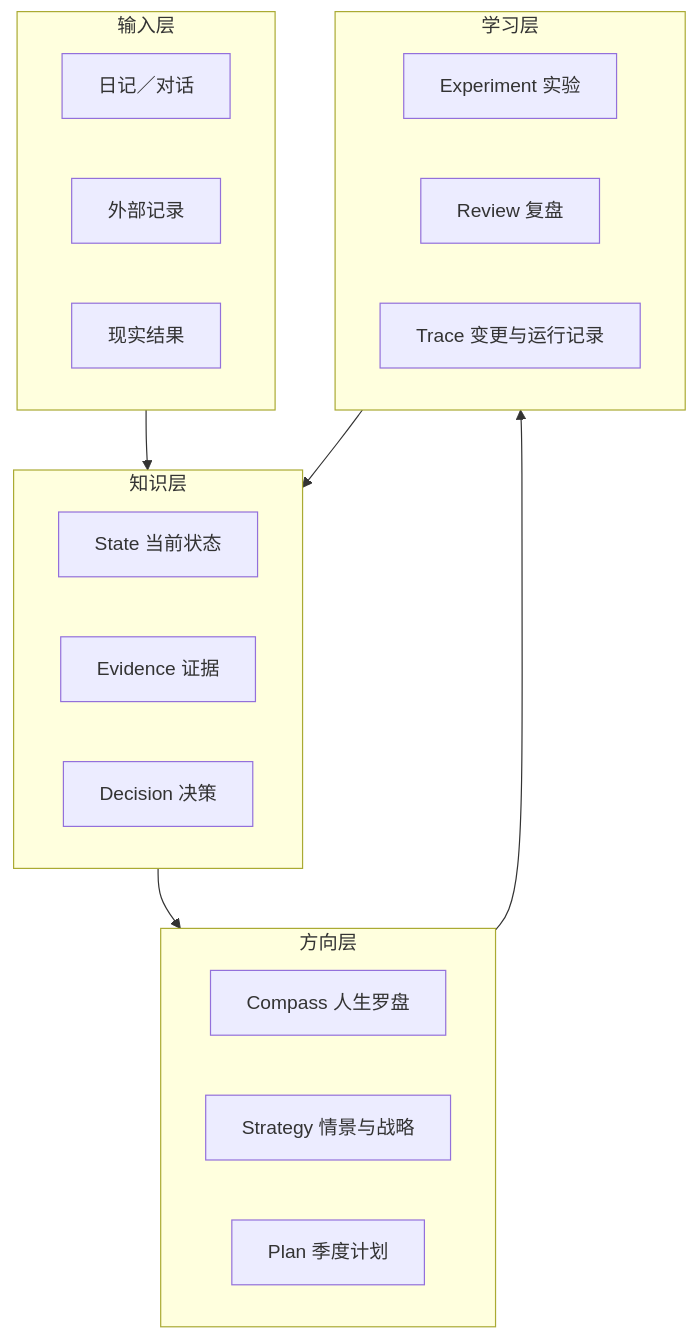
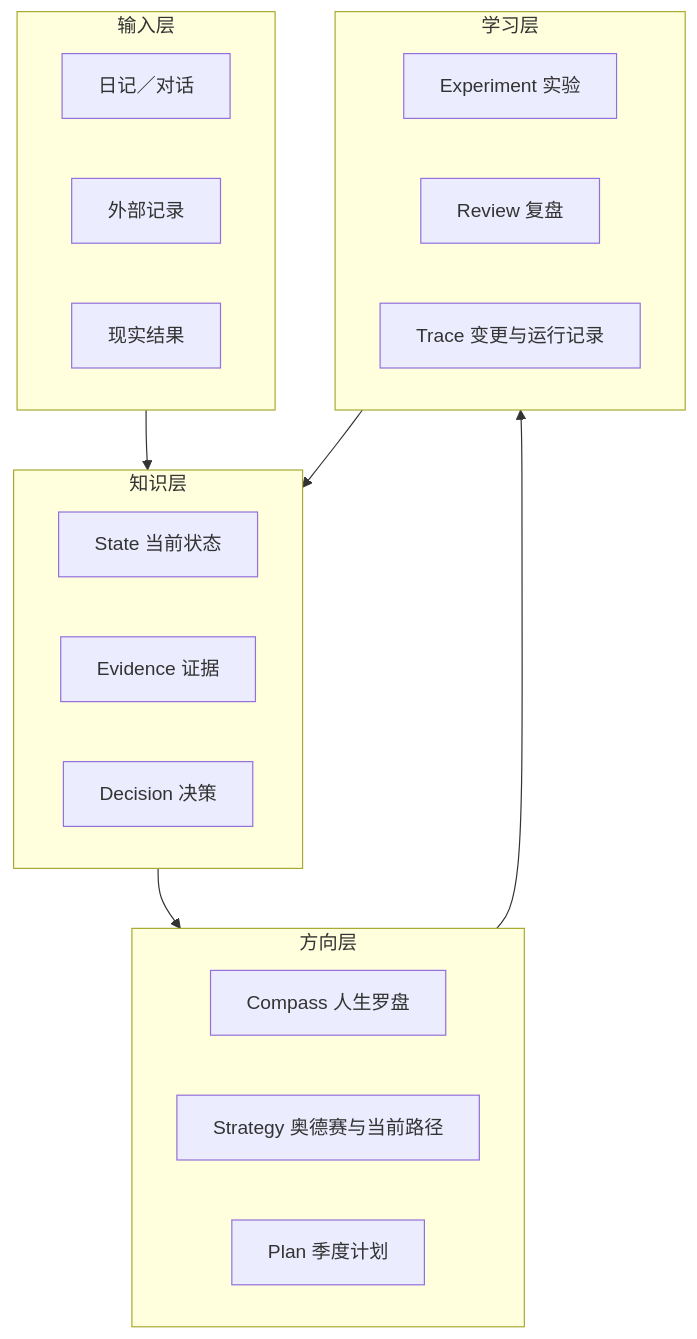
The second of 2 diagrams in docs/architecture.md (3956ray/Myself), drawn with Mermaid before and after one commit. The commit also changed other lines of this file and 14 other files, not shown here.

````diff
--- a/docs/architecture.md
+++ b/docs/architecture.md
@@ -26,27 +26,27 @@
 ```mermaid
 flowchart TB
     subgraph Input["输入层"]
       I1["日记／对话"]
       I2["外部记录"]
       I3["现实结果"]
     end
     subgraph Knowledge["知识层"]
       S["State 当前状态"]
       E["Evidence 证据"]
       D["Decision 决策"]
     end
     subgraph Direction["方向层"]
       C["Compass 人生罗盘"]
-      G["Strategy 情景与战略"]
+      G["Strategy 奥德赛与当前路径"]
       P["Plan 季度计划"]
     end
     subgraph Learning["学习层"]
       X["Experiment 实验"]
       R["Review 复盘"]
       T["Trace 变更与运行记录"]
     end
     Input --> Knowledge
     Knowledge --> Direction
     Direction --> Learning
     Learning --> Knowledge
 ```
````
